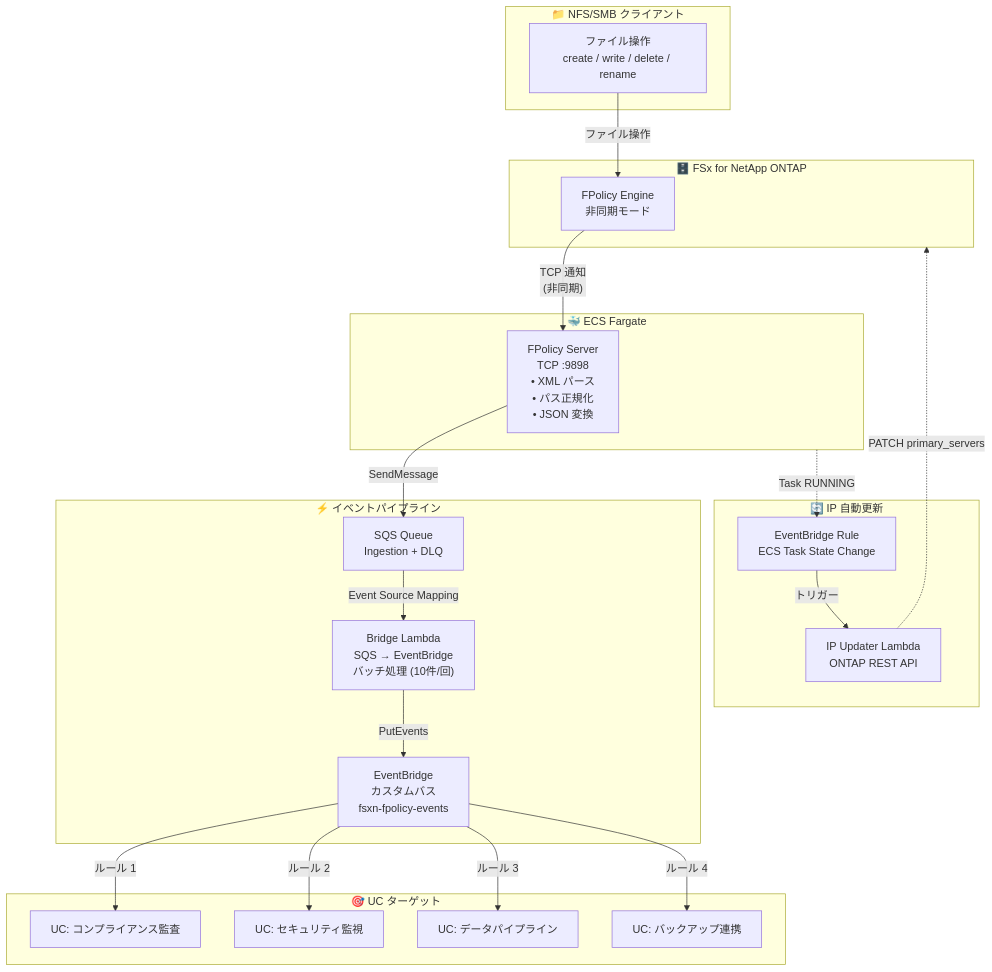
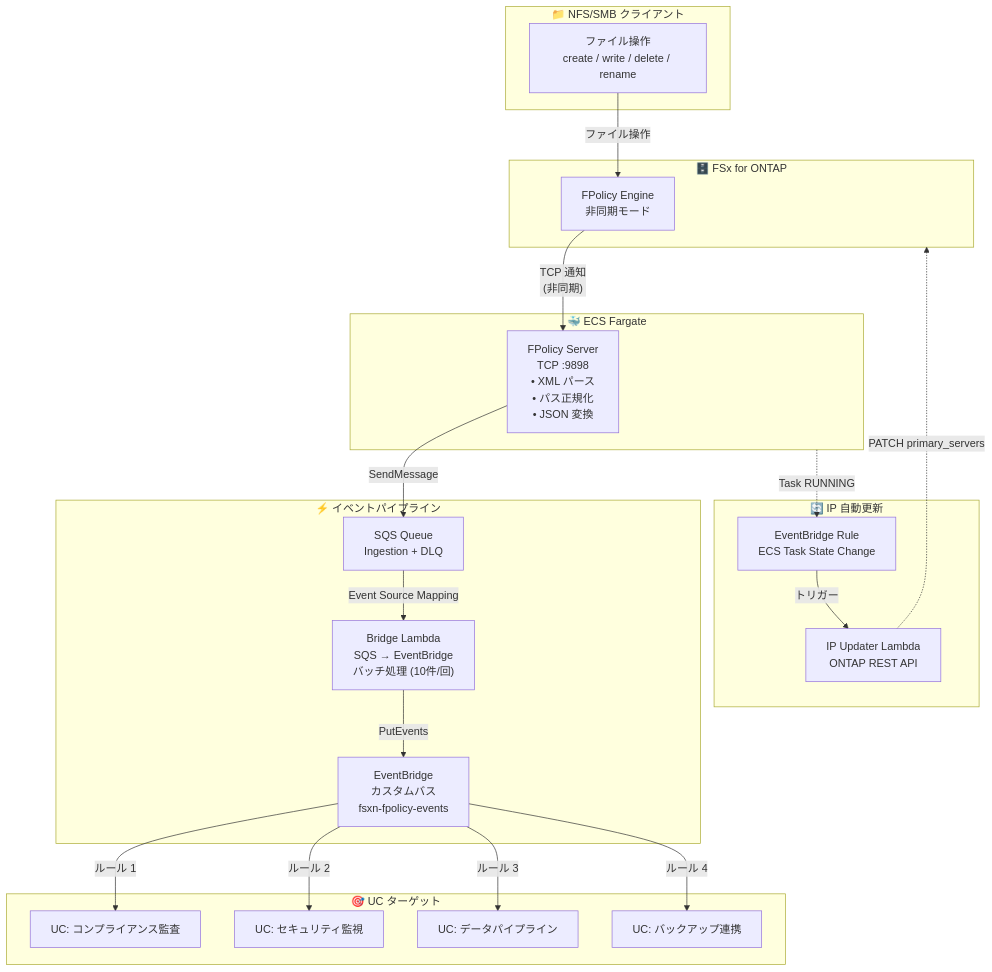
One commit to Yoshiki0705/FSx-for-ONTAP-S3AccessPoints-Serverless-Patterns changed the diagram in event-driven-fpolicy/docs/architecture.md. Above: the diagram before and after it, drawn with Mermaid. The commit also changed other lines of this file and 597 other files, not shown here.

````diff
--- a/event-driven-fpolicy/docs/architecture.md
+++ b/event-driven-fpolicy/docs/architecture.md
@@ -7,46 +7,46 @@
 ```mermaid
 flowchart TB
     subgraph CLIENT["📁 NFS/SMB クライアント"]
         NFS["ファイル操作<br/>create / write / delete / rename"]
     end
 
-    subgraph ONTAP["🗄️ FSx for NetApp ONTAP"]
+    subgraph ONTAP["🗄️ FSx for ONTAP"]
         FPOLICY["FPolicy Engine<br/>非同期モード"]
     end
 
     subgraph FARGATE["🐳 ECS Fargate"]
         SERVER["FPolicy Server<br/>TCP :9898<br/>• XML パース<br/>• パス正規化<br/>• JSON 変換"]
     end
 
     subgraph PIPELINE["⚡ イベントパイプライン"]
         SQS["SQS Queue<br/>Ingestion + DLQ"]
         BRIDGE["Bridge Lambda<br/>SQS → EventBridge<br/>バッチ処理 (10件/回)"]
         EB["EventBridge<br/>カスタムバス<br/>fsxn-fpolicy-events"]
     end
 
     subgraph TARGETS["🎯 UC ターゲット"]
         UC1["UC: コンプライアンス監査"]
         UC2["UC: セキュリティ監視"]
         UC3["UC: データパイプライン"]
         UC4["UC: バックアップ連携"]
     end
 
     subgraph UPDATER["🔄 IP 自動更新"]
         RULE["EventBridge Rule<br/>ECS Task State Change"]
         LAMBDA["IP Updater Lambda<br/>ONTAP REST API"]
     end
 
     NFS -->|"ファイル操作"| FPOLICY
     FPOLICY -->|"TCP 通知<br/>(非同期)"| SERVER
     SERVER -->|"SendMessage"| SQS
     SQS -->|"Event Source Mapping"| BRIDGE
     BRIDGE -->|"PutEvents"| EB
     EB -->|"ルール 1"| UC1
     EB -->|"ルール 2"| UC2
     EB -->|"ルール 3"| UC3
     EB -->|"ルール 4"| UC4
 
     FARGATE -.->|"Task RUNNING"| RULE
     RULE -->|"トリガー"| LAMBDA
     LAMBDA -.->|"PATCH primary_servers"| ONTAP
 ```
````
